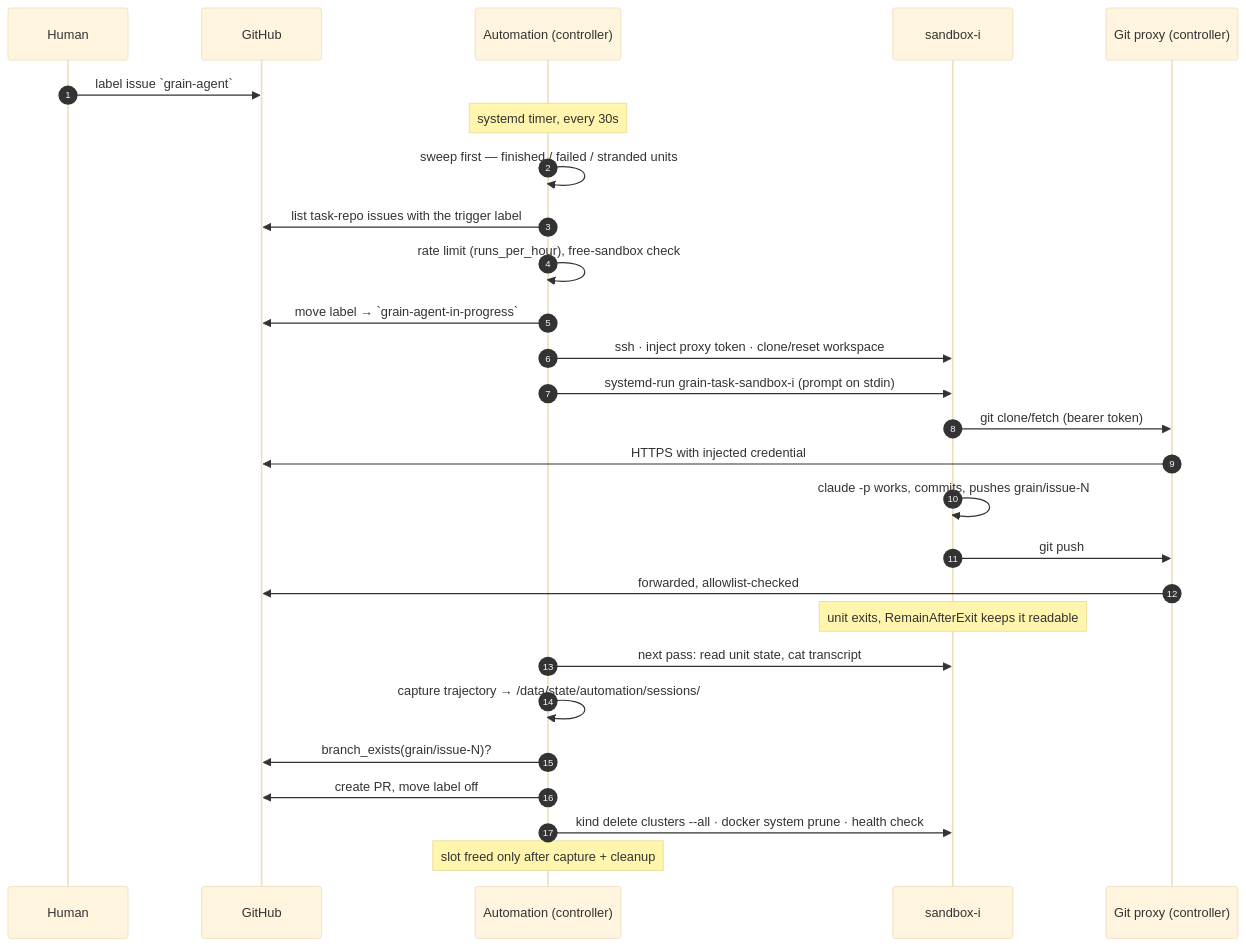
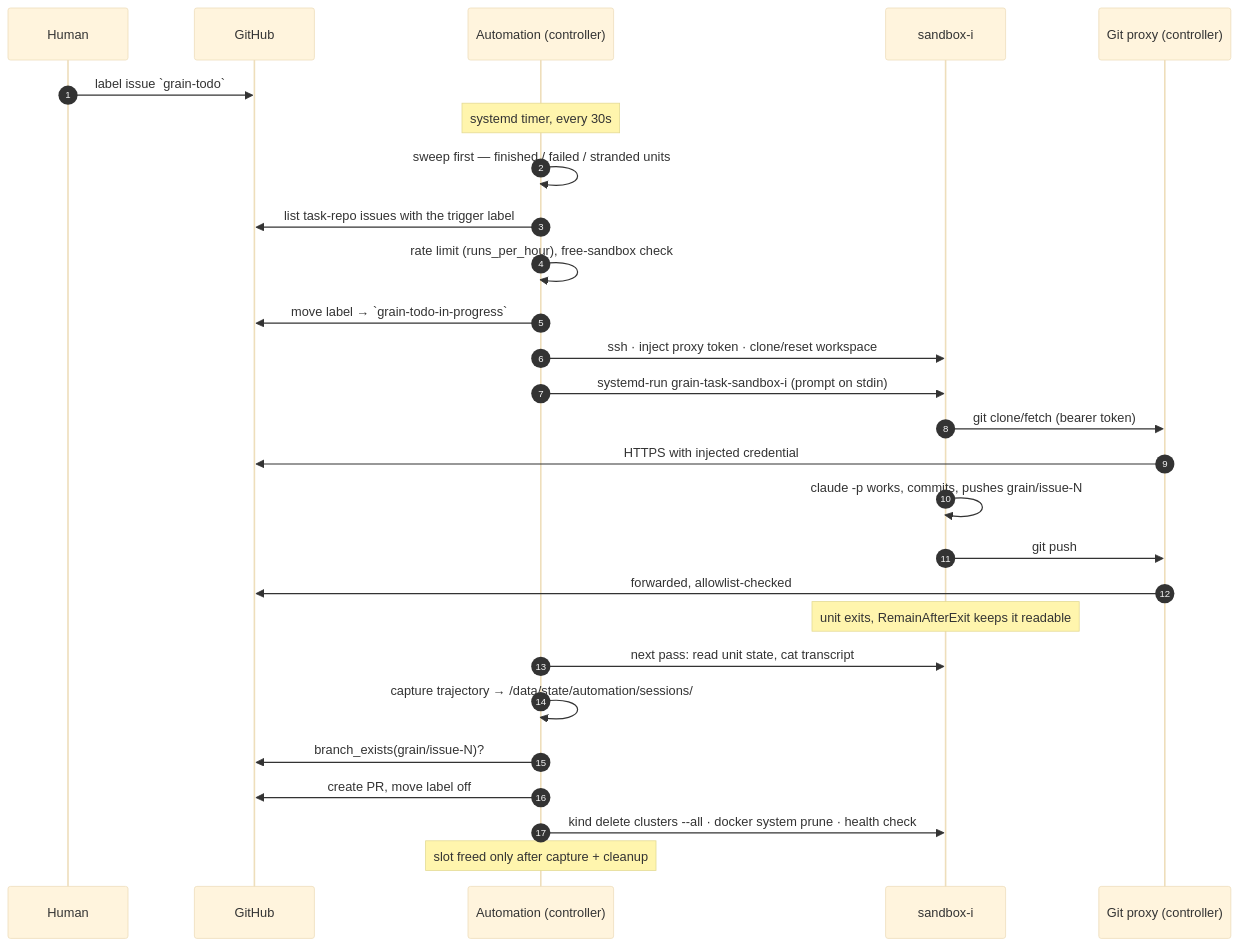
One commit to bwsalmon/grain changed the fifth of 5 diagrams in docs/system-diagram.md. Above: the diagram before and after it, drawn with Mermaid (base theme). The commit also changed 12 other files, not shown here.

First line of the commit message:
Rename the grain-agent trigger label family to grain-todo

````diff
--- a/docs/system-diagram.md
+++ b/docs/system-diagram.md
@@ -323,30 +323,30 @@
 ```mermaid
 sequenceDiagram
     autonumber
     participant H as Human
     participant GH as GitHub
     participant A as Automation (controller)
     participant S as sandbox-i
     participant P as Git proxy (controller)
 
-    H->>GH: label issue `grain-agent`
+    H->>GH: label issue `grain-todo`
     Note over A: systemd timer, every 30s
     A->>A: sweep first — finished / failed / stranded units
     A->>GH: list task-repo issues with the trigger label
     A->>A: rate limit (runs_per_hour), free-sandbox check
-    A->>GH: move label → `grain-agent-in-progress`
+    A->>GH: move label → `grain-todo-in-progress`
     A->>S: ssh · inject proxy token · clone/reset workspace
     A->>S: systemd-run grain-task-sandbox-i (prompt on stdin)
     S->>P: git clone/fetch (bearer token)
     P->>GH: HTTPS with injected credential
     S->>S: claude -p works, commits, pushes grain/issue-N
     S->>P: git push
     P->>GH: forwarded, allowlist-checked
     Note over S: unit exits, RemainAfterExit keeps it readable
     A->>S: next pass: read unit state, cat transcript
     A->>A: capture trajectory → /data/state/automation/sessions/
     A->>GH: branch_exists(grain/issue-N)?
     A->>GH: create PR, move label off
     A->>S: kind delete clusters --all · docker system prune · health check
     Note over A: slot freed only after capture + cleanup
 ```
````
